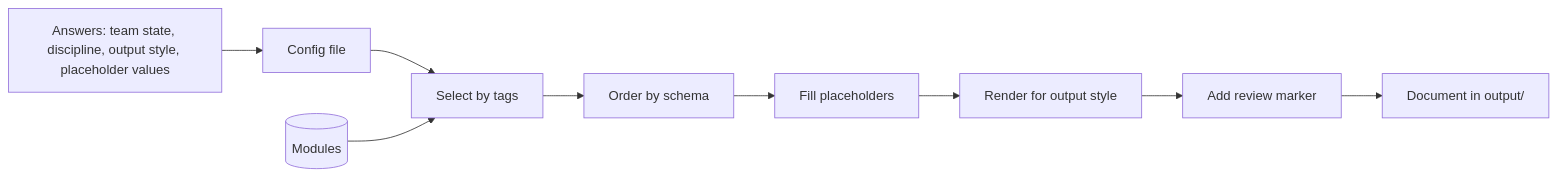
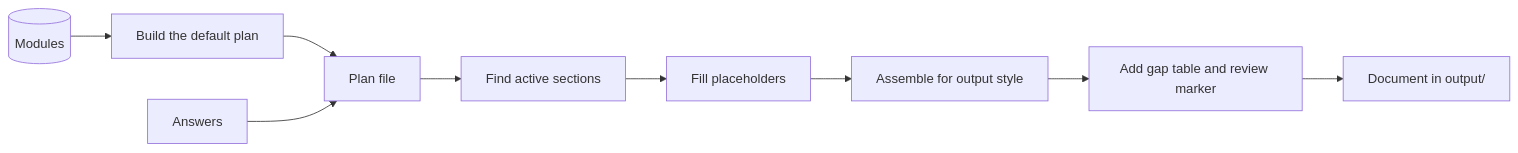
One commit to 8thlight-daveloper/onboard-kit changed the diagram in docs/architecture/03-data-flow.md. Above: the diagram before and after it, drawn with Mermaid. The commit also changed other lines of this file and 10 other files, not shown here.

````diff
--- a/docs/architecture/03-data-flow.md
+++ b/docs/architecture/03-data-flow.md
@@ -7,21 +7,21 @@
 ```mermaid
 flowchart LR
-    answers["Answers: team state, discipline, output style, placeholder values"]
-    config["Config file"]
     modules[("Modules")]
-    select["Select by tags"]
-    order["Order by schema"]
+    instantiate["Build the default plan"]
+    plan["Plan file"]
+    answers["Answers"]
+    active["Find active sections"]
     fill["Fill placeholders"]
-    render["Render for output style"]
-    mark["Add review marker"]
+    assemble["Assemble for output style"]
+    mark["Add gap table and review marker"]
     out["Document in output/"]
 
-    answers --> config
-    config --> select
-    modules --> select
-    select --> order
-    order --> fill
-    fill --> render
-    render --> mark
+    modules --> instantiate
+    instantiate --> plan
+    answers --> plan
+    plan --> active
+    active --> fill
+    fill --> assemble
+    assemble --> mark
     mark --> out
 ```
````
